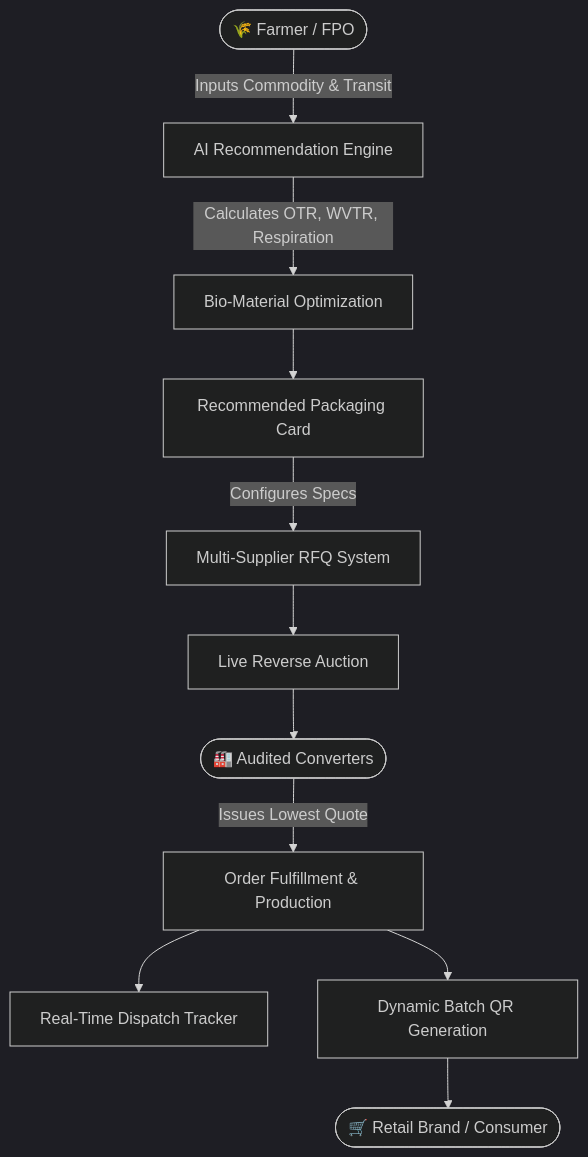
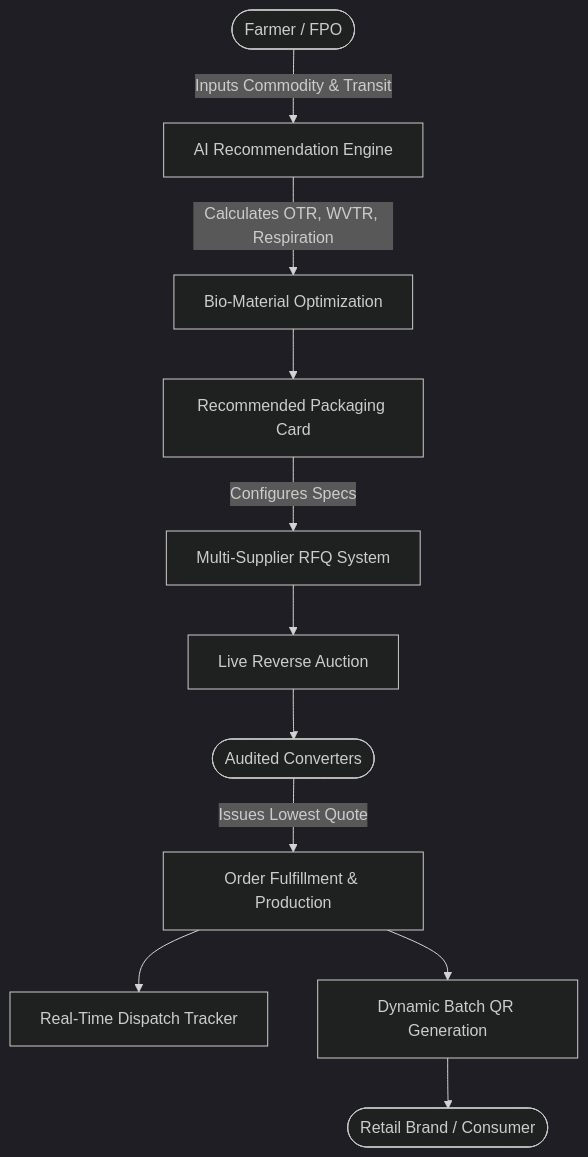
Before and after one commit to Krishna171205/Packitup: the diagram in README.md, drawn with Mermaid (dark theme). The commit also changed other lines of this file, not shown here.

Commit message:
docs: update comprehensive README with architecture, problem statement and features

````diff
--- a/README.md
+++ b/README.md
@@ -60,17 +60,17 @@
 ```mermaid
 flowchart TD
-    User([🌾 Farmer / FPO]) -->|Inputs Commodity & Transit| Wizard[AI Recommendation Engine]
+    User([Farmer / FPO]) -->|Inputs Commodity & Transit| Wizard[AI Recommendation Engine]
     Wizard -->|Calculates OTR, WVTR, Respiration| Matcher[Bio-Material Optimization]
     
     Matcher --> RecCard[Recommended Packaging Card]
     RecCard -->|Configures Specs| RFQ[Multi-Supplier RFQ System]
     
     RFQ --> Bidding[Live Reverse Auction]
-    Bidding --> Converter([🏭 Audited Converters])
+    Bidding --> Converter([Audited Converters])
     
     Converter -->|Issues Lowest Quote| Order[Order Fulfillment & Production]
     Order --> Tracking[Real-Time Dispatch Tracker]
     
     Order --> QR[Dynamic Batch QR Generation]
-    QR --> Consumer([🛒 Retail Brand / Consumer])
+    QR --> Consumer([Retail Brand / Consumer])
 ```
````
